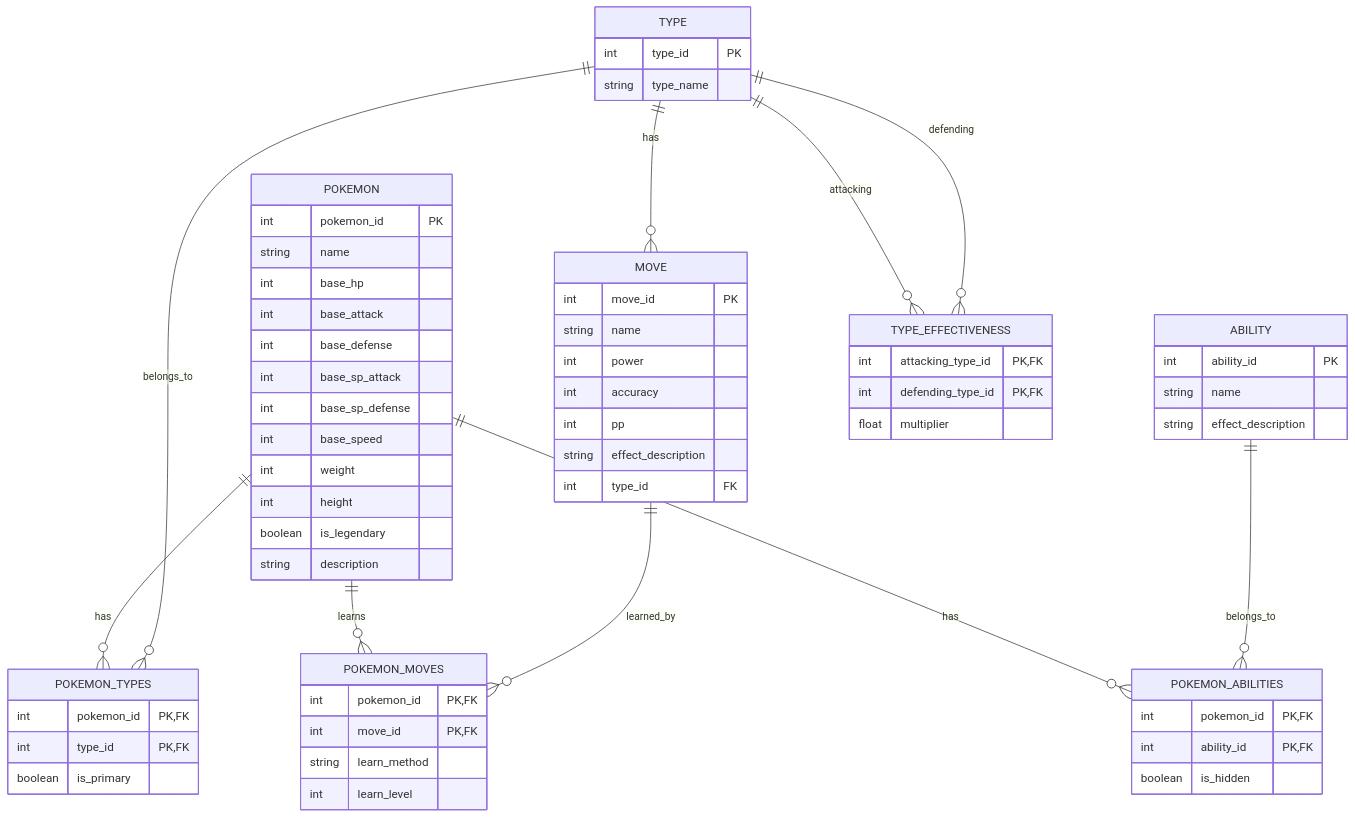
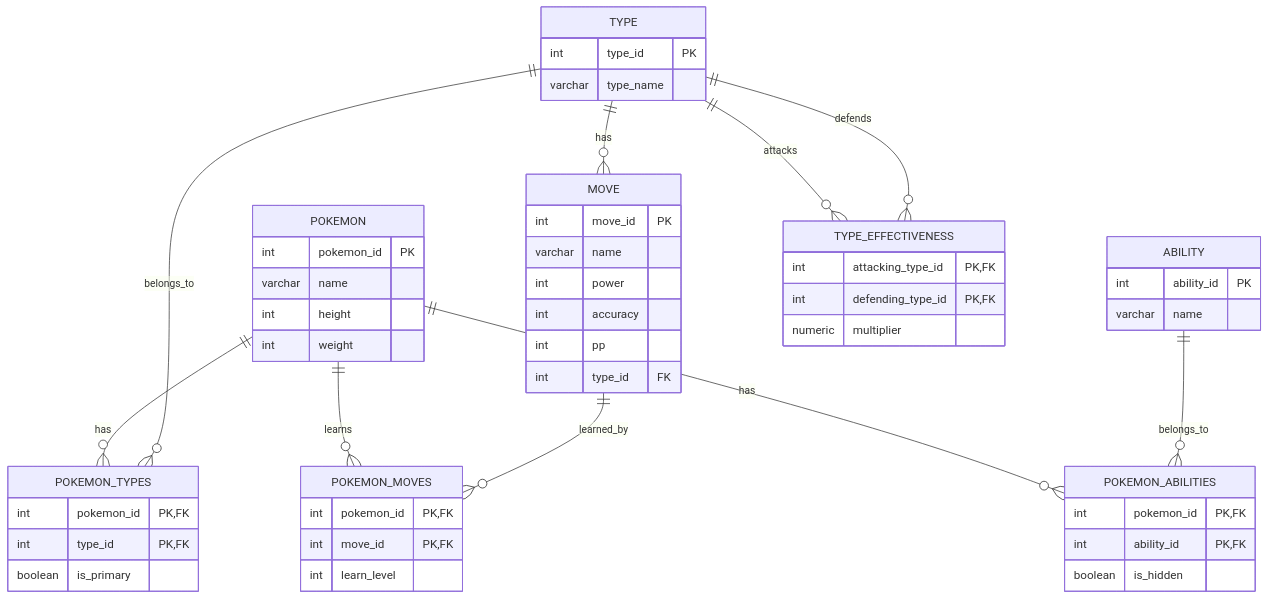
One commit to Utkub24/itu-database-blg317-project changed the diagram in README.md. Above: the diagram before and after it, drawn with Mermaid.

Commit message:
docs: update ERD

````diff
--- a/README.md
+++ b/README.md
@@ -6,73 +6,62 @@
 ```mermaid
 erDiagram
+    POKEMON ||--o{ POKEMON_TYPES : has
     POKEMON {
         int pokemon_id PK
-        string name
-        int base_hp
-        int base_attack
-        int base_defense
-        int base_sp_attack
-        int base_sp_defense
-        int base_speed
+        varchar name
+        int height
         int weight
-        int height
-        boolean is_legendary
-        string description
     }
-
+    
+    TYPE ||--o{ POKEMON_TYPES : belongs_to
     TYPE {
         int type_id PK
-        string type_name
+        varchar type_name
     }
-
+    
     POKEMON_TYPES {
-        int pokemon_id PK, FK
-        int type_id PK, FK
+        int pokemon_id PK,FK
+        int type_id PK,FK
         boolean is_primary
     }
-
+    
+    POKEMON ||--o{ POKEMON_MOVES : learns
+    MOVE ||--o{ POKEMON_MOVES : learned_by
+    POKEMON_MOVES {
+        int pokemon_id PK,FK
+        int move_id PK,FK
+        int learn_level
+    }
+    
     MOVE {
         int move_id PK
-        string name
+        varchar name
         int power
         int accuracy
         int pp
-        string effect_description
         int type_id FK
     }
-
-    POKEMON_MOVES {
-        int pokemon_id PK, FK
-        int move_id PK, FK
-        string learn_method
-        int learn_level
+    
+    TYPE ||--o{ MOVE : has
+    
+    POKEMON ||--o{ POKEMON_ABILITIES : has
+    ABILITY ||--o{ POKEMON_ABILITIES : belongs_to
+    POKEMON_ABILITIES {
+        int pokemon_id PK,FK
+        int ability_id PK,FK
+        boolean is_hidden
     }
-
+    
     ABILITY {
         int ability_id PK
-        string name
-        string effect_description
+        varchar name
     }
-
-    POKEMON_ABILITIES {
-        int pokemon_id PK, FK
-        int ability_id PK, FK
-        boolean is_hidden
+    
+    TYPE ||--o{ TYPE_EFFECTIVENESS : attacks
+    TYPE ||--o{ TYPE_EFFECTIVENESS : defends
+    TYPE_EFFECTIVENESS {
+        int attacking_type_id PK,FK
+        int defending_type_id PK,FK
+        numeric multiplier
     }
-
-    TYPE_EFFECTIVENESS {
-        int attacking_type_id PK, FK
-        int defending_type_id PK, FK
-        float multiplier
-    }
-
-    POKEMON ||--o{ POKEMON_TYPES : "has"
-    TYPE ||--o{ POKEMON_TYPES : "belongs_to"
-    POKEMON ||--o{ POKEMON_MOVES : "learns"
-    MOVE ||--o{ POKEMON_MOVES : "learned_by"
-    POKEMON ||--o{ POKEMON_ABILITIES : "has"
-    ABILITY ||--o{ POKEMON_ABILITIES : "belongs_to"
-    TYPE ||--o{ TYPE_EFFECTIVENESS : "attacking"
-    TYPE ||--o{ TYPE_EFFECTIVENESS : "defending"
-    TYPE ||--o{ MOVE : "has"
 ```
````
